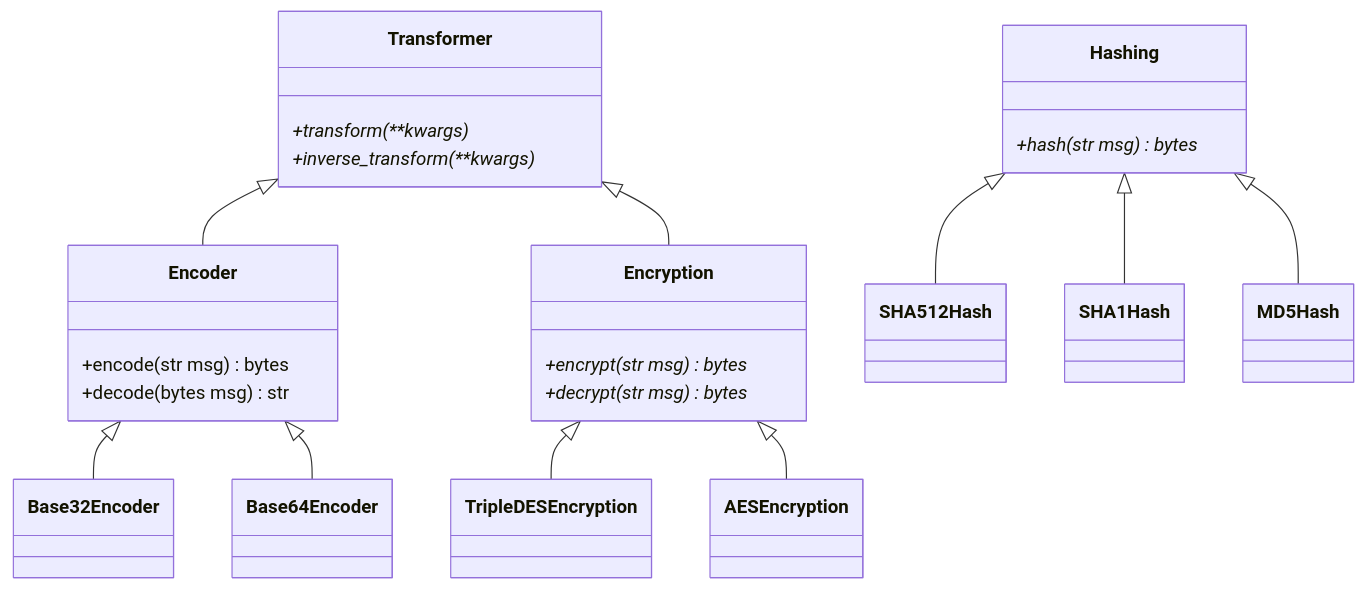
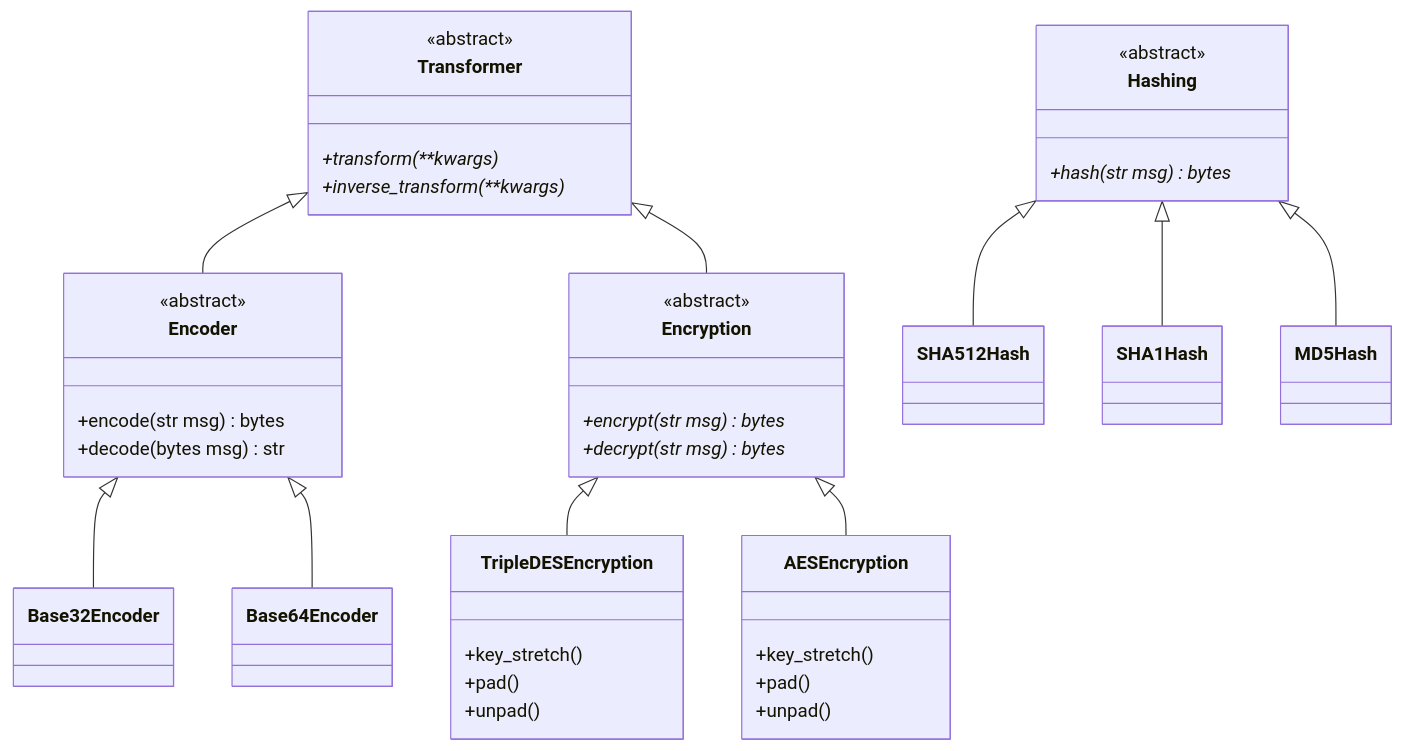
One commit to Saief1999/security-toolbox changed the third of 6 diagrams in README.md. Above: the diagram before and after it, drawn with Mermaid. The commit also changed other lines of this file and 1 other file, not shown here.

````diff
--- a/README.md
+++ b/README.md
@@ -45,56 +68,66 @@
 ```mermaid
 classDiagram
 
     class Transformer{
+    	<<abstract>>
         +transform(**kwargs)*
         +inverse_transform(**kwargs)*
     }
 
     Transformer <|-- Encoder
     class Encoder {
+    	<<abstract>>
         +encode(str msg) bytes
         +decode(bytes msg) str
     }
 
     Encoder <|-- Base32Encoder
     class Base32Encoder {
     }
 
     Encoder <|-- Base64Encoder
     class Base64Encoder {
     }
 
     Transformer <|-- Encryption
     class Encryption {
+    	<<abstract>>
         +encrypt(str msg)* bytes
         +decrypt(str msg)* bytes
     }
 
     Encryption <|-- TripleDESEncryption
     class TripleDESEncryption {
+    	+key_stretch()
+    	+pad()
+    	+unpad()
     }
 
     Encryption <|-- AESEncryption
     class AESEncryption {
+    	+key_stretch()
+    	+pad()
+    	+unpad()
     }
     
     class Hashing {
+    	<<abstract>>
     	+hash(str msg)* bytes
     }
     
     Hashing <|-- SHA512Hash
     class SHA512Hash {
     }
     
     Hashing <|-- SHA1Hash
     class SHA1Hash {
     
     }
     
     Hashing <|-- MD5Hash
     class MD5Hash {
     
     }
     
     
 ```
````
